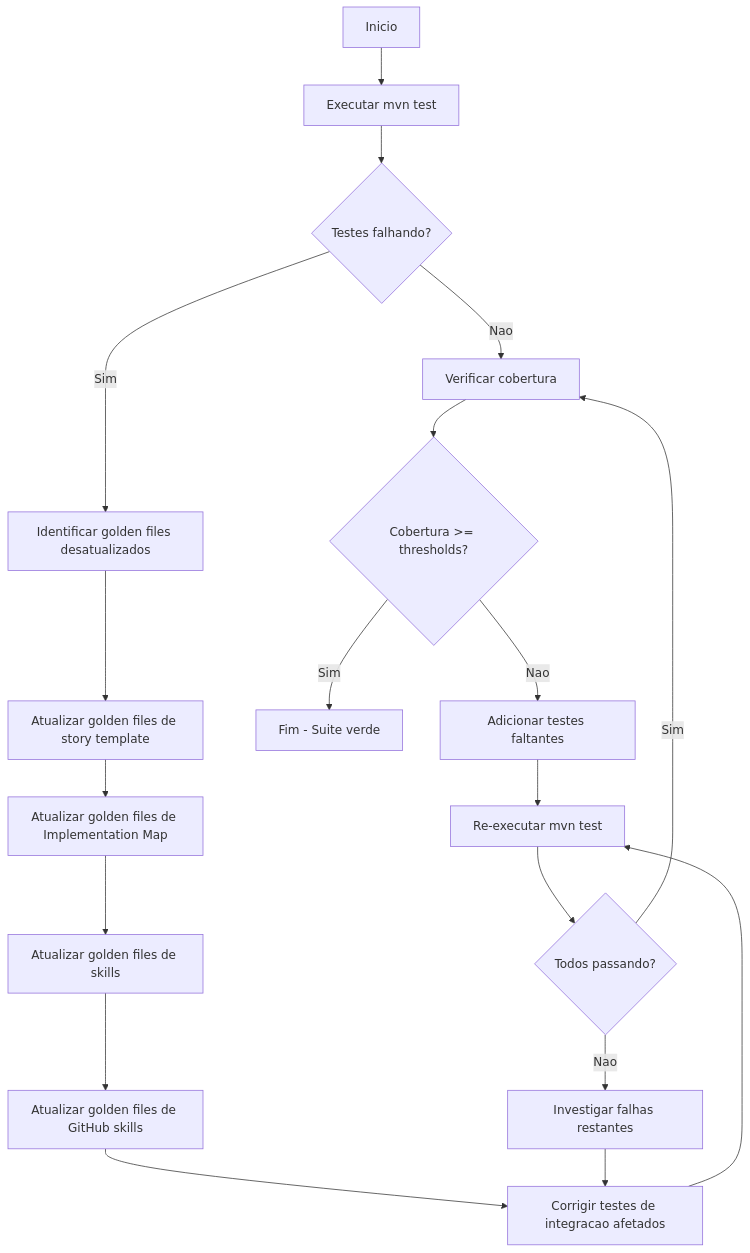
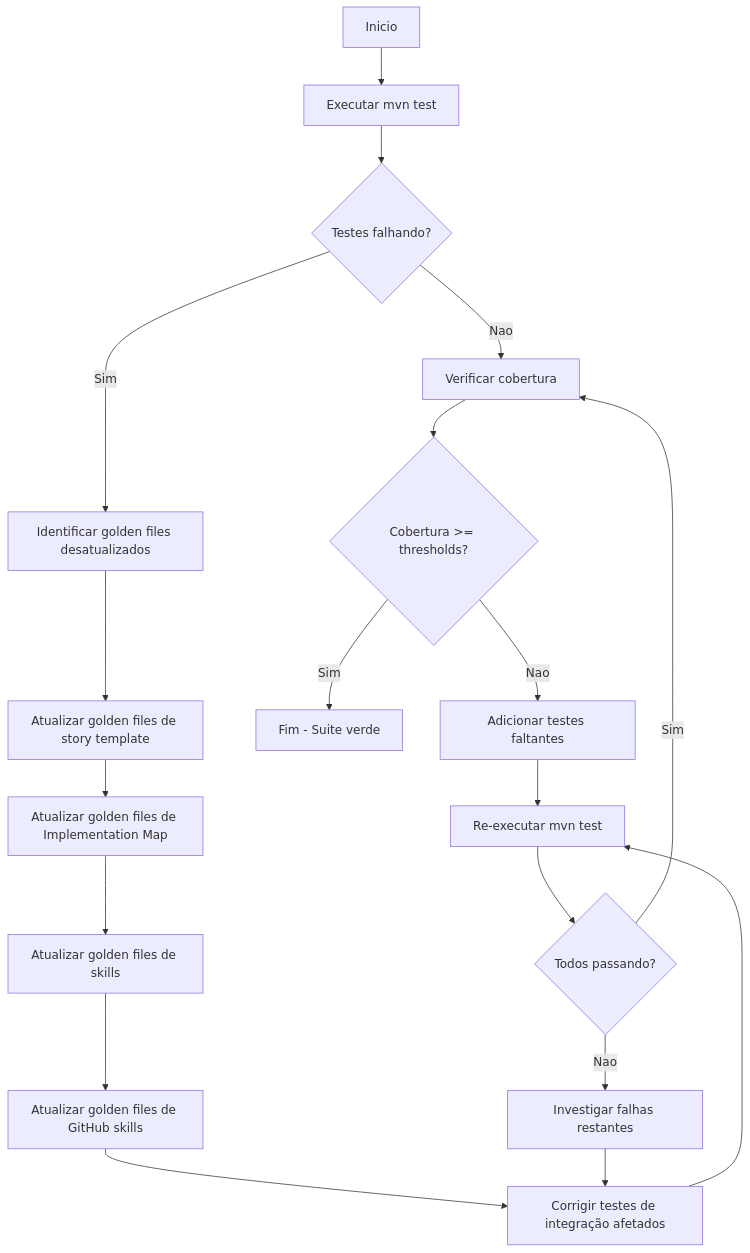
One commit to edercnj/ia-dev-environment changed the first of 2 diagrams in docs/stories/epic-0011/story-0011-0008.md. Above: the diagram before and after it, drawn with Mermaid. The commit also changed other lines of this file and 14 other files, not shown here.

````diff
--- a/docs/stories/epic-0011/story-0011-0008.md
+++ b/docs/stories/epic-0011/story-0011-0008.md
@@ -94,21 +94,21 @@
 ```mermaid
 flowchart TD
     A[Inicio] --> B[Executar mvn test]
     B --> C{Testes falhando?}
     C -->|Nao| D[Verificar cobertura]
     C -->|Sim| E[Identificar golden files desatualizados]
     E --> F[Atualizar golden files de story template]
     F --> G[Atualizar golden files de Implementation Map]
     G --> H[Atualizar golden files de skills]
     H --> I[Atualizar golden files de GitHub skills]
-    I --> J[Corrigir testes de integracao afetados]
+    I --> J[Corrigir testes de integração afetados]
     J --> K[Re-executar mvn test]
     K --> L{Todos passando?}
     L -->|Nao| M[Investigar falhas restantes]
     M --> J
     L -->|Sim| D
     D --> N{Cobertura >= thresholds?}
     N -->|Sim| O[Fim - Suite verde]
     N -->|Nao| P[Adicionar testes faltantes]
     P --> K
 ```
````
